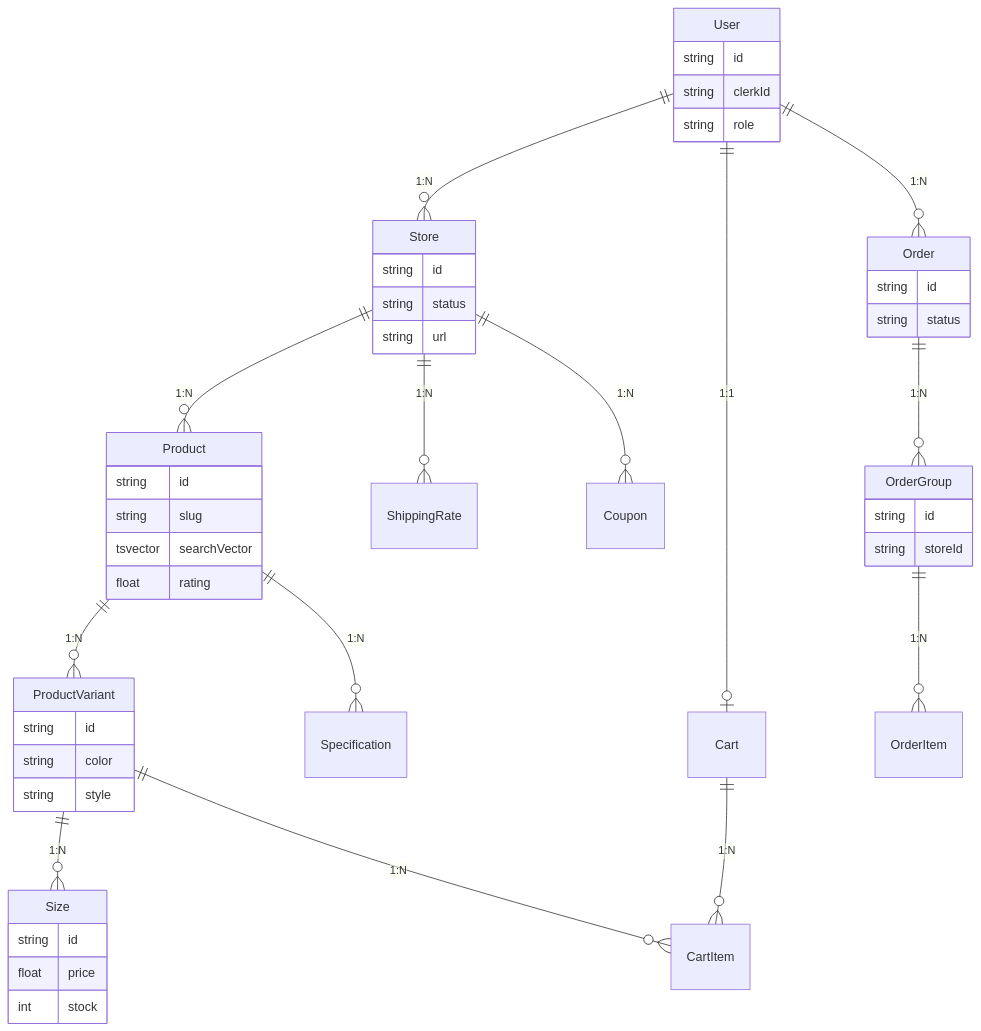
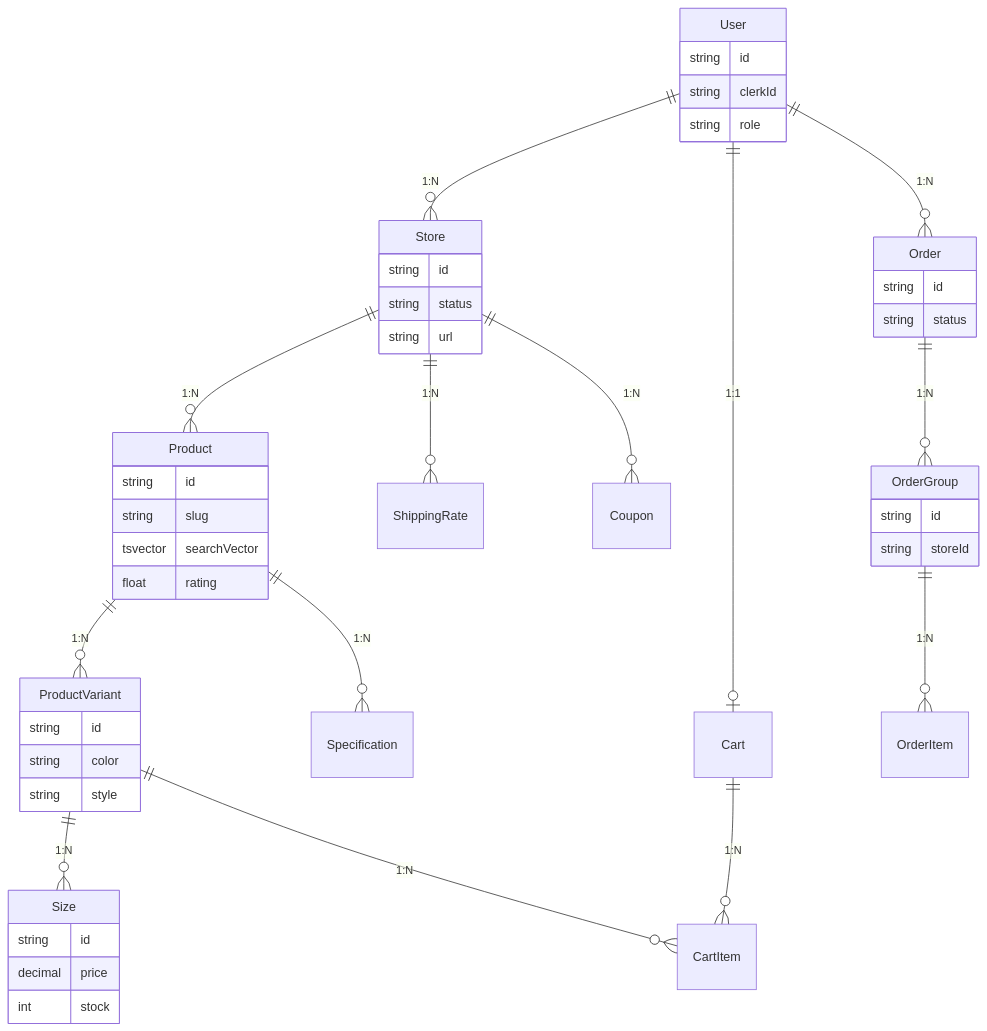
Before and after one commit to myoshi2891/Multi-Vendor-E-Commerce: the sixth of 8 diagrams in README.md, drawn with Mermaid. The commit also changed other lines of this file and 7 other files, not shown here.

````diff
--- a/README.md
+++ b/README.md
@@ -377,56 +390,56 @@
 ```mermaid
 erDiagram
     User ||--o{ Store : "1:N"
     User ||--o| Cart : "1:1"
     User ||--o{ Order : "1:N"
 
     Store ||--o{ Product : "1:N"
     Store ||--o{ ShippingRate : "1:N"
     Store ||--o{ Coupon : "1:N"
 
     Product ||--o{ ProductVariant : "1:N"
     Product ||--o{ Specification : "1:N"
 
     ProductVariant ||--o{ Size : "1:N"
     ProductVariant ||--o{ CartItem : "1:N"
 
     Cart ||--o{ CartItem : "1:N"
 
     Order ||--o{ OrderGroup : "1:N"
     OrderGroup ||--o{ OrderItem : "1:N"
 
     User {
         string id
         string clerkId
         string role
     }
     Store {
         string id
         string status
         string url
     }
     Product {
         string id
         string slug
         tsvector searchVector
         float rating
     }
     ProductVariant {
         string id
         string color
         string style
     }
     Size {
         string id
-        float price
+        decimal price
         int stock
     }
     Order {
         string id
         string status
     }
     OrderGroup {
         string id
         string storeId
     }
 ```
````
